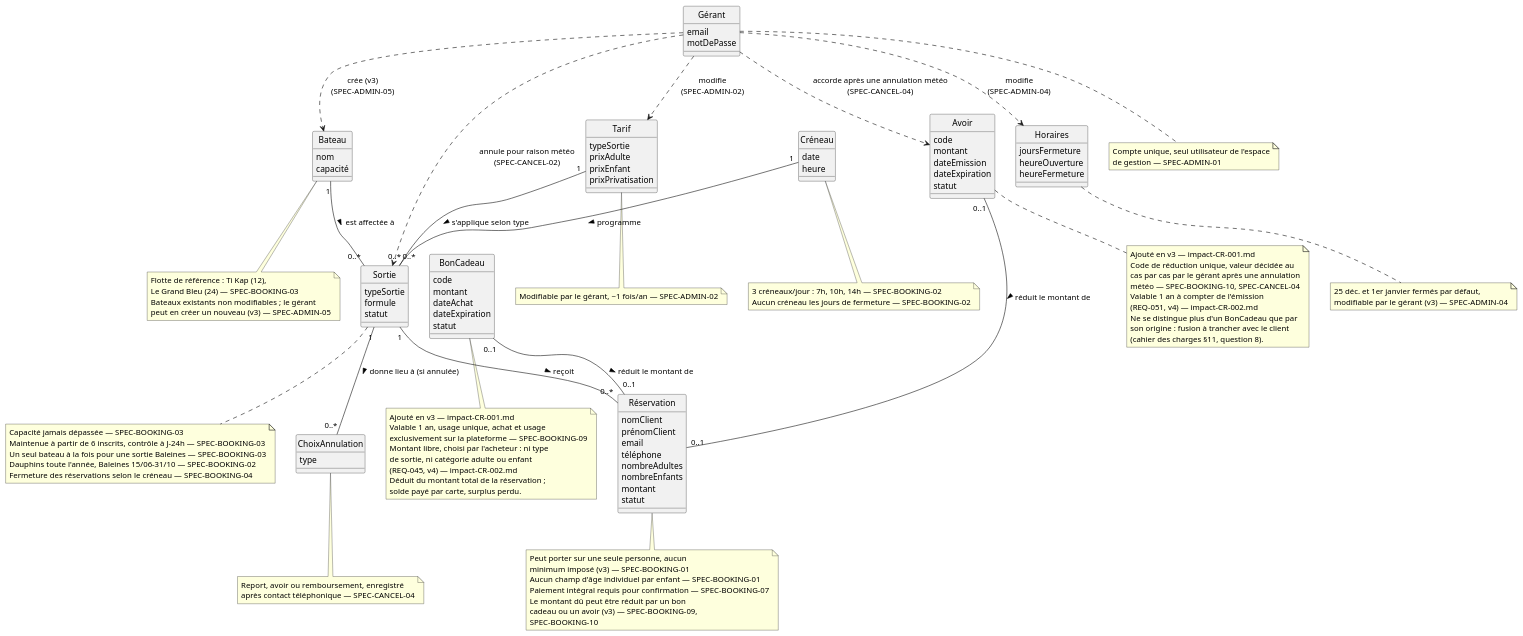
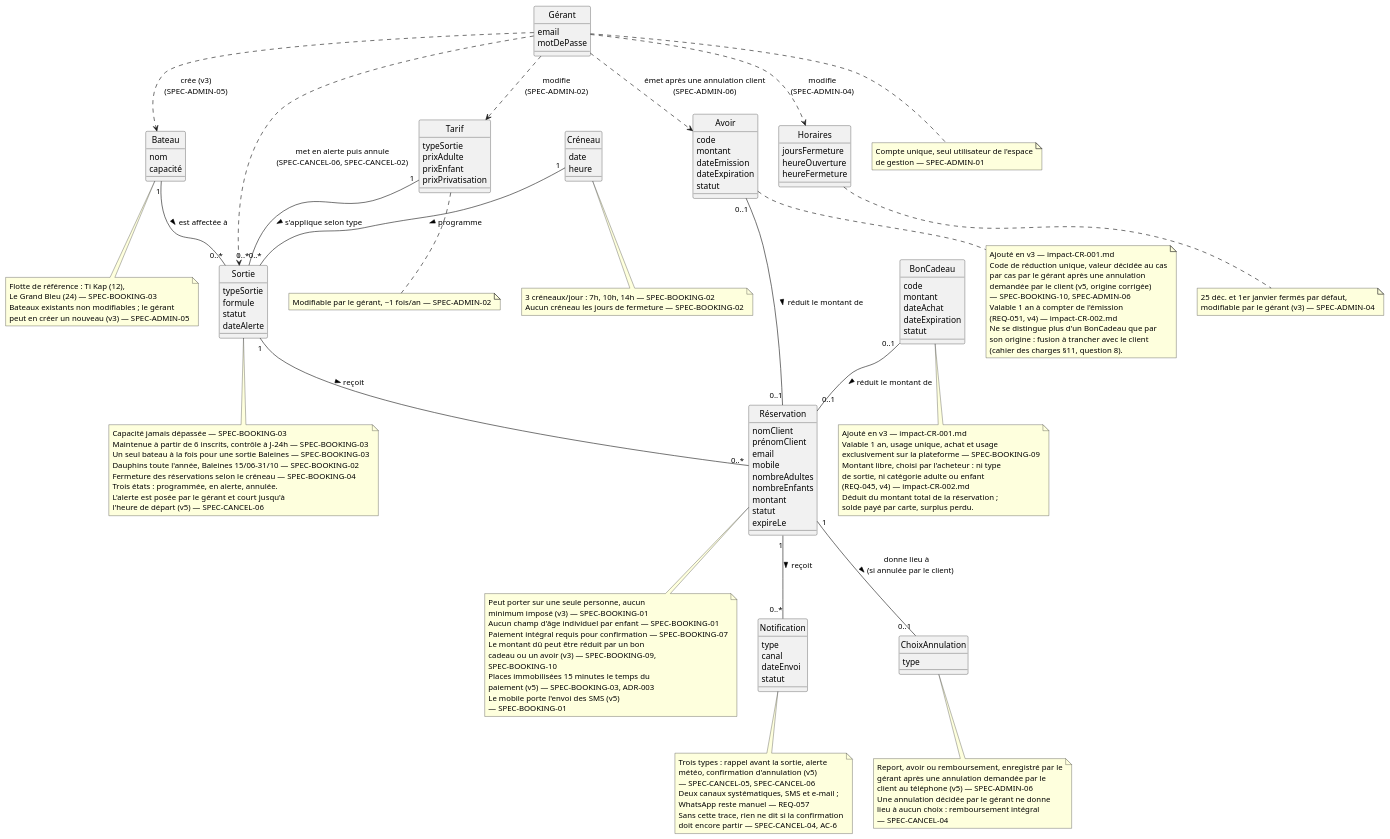
One commit to IamArayel/CDA9-Analyse-et-Conception-d-Applications changed the diagram in docs/uml/domain.puml. Above: the diagram before and after it, drawn with PlantUML. The commit also changed 1 other file, not shown here.

Commit message:
docs(uml): aligner domaine et cas d'usage sur la v5

```diff
--- a/docs/uml/domain.puml
+++ b/docs/uml/domain.puml
@@ -1,150 +1,181 @@
 @startuml domain
 ' Diagramme de classes du domaine — Ti Baleine
 ' Concepts métier uniquement : aucun contrôleur, repository ni classe
 ' technique. Vocabulaire client (cf. cahier-des-charges.md §13 Glossaire).
 ' Les règles métier sensibles sont notées avec la spécification qui les porte.
 
 hide circle
 skinparam classAttributeIconSize 0
 
 class Bateau {
   nom
   capacité
 }
 note bottom of Bateau
   Flotte de référence : Ti Kap (12),
   Le Grand Bleu (24) — SPEC-BOOKING-03
   Bateaux existants non modifiables ; le gérant
   peut en créer un nouveau (v3) — SPEC-ADMIN-05
 end note
 
 class Créneau {
   date
   heure
 }
 note bottom of Créneau
   3 créneaux/jour : 7h, 10h, 14h — SPEC-BOOKING-02
   Aucun créneau les jours de fermeture — SPEC-BOOKING-02
 end note
 
 class Horaires {
   joursFermeture
   heureOuverture
   heureFermeture
 }
 note bottom of Horaires
   25 déc. et 1er janvier fermés par défaut,
   modifiable par le gérant (v3) — SPEC-ADMIN-04
 end note
 
 class Sortie {
   typeSortie
   formule
   statut
+  dateAlerte
 }
 note bottom of Sortie
   Capacité jamais dépassée — SPEC-BOOKING-03
   Maintenue à partir de 6 inscrits, contrôle à J-24h — SPEC-BOOKING-03
   Un seul bateau à la fois pour une sortie Baleines — SPEC-BOOKING-03
   Dauphins toute l'année, Baleines 15/06-31/10 — SPEC-BOOKING-02
   Fermeture des réservations selon le créneau — SPEC-BOOKING-04
+  Trois états : programmée, en alerte, annulée.
+  L'alerte est posée par le gérant et court jusqu'à
+  l'heure de départ (v5) — SPEC-CANCEL-06
 end note
 
 class Réservation {
   nomClient
   prénomClient
   email
-  téléphone
+  mobile
   nombreAdultes
   nombreEnfants
   montant
   statut
+  expireLe
 }
 note bottom of Réservation
   Peut porter sur une seule personne, aucun
   minimum imposé (v3) — SPEC-BOOKING-01
   Aucun champ d'âge individuel par enfant — SPEC-BOOKING-01
   Paiement intégral requis pour confirmation — SPEC-BOOKING-07
   Le montant dû peut être réduit par un bon
   cadeau ou un avoir (v3) — SPEC-BOOKING-09,
   SPEC-BOOKING-10
+  Places immobilisées 15 minutes le temps du
+  paiement (v5) — SPEC-BOOKING-03, ADR-003
+  Le mobile porte l'envoi des SMS (v5)
+  — SPEC-BOOKING-01
 end note
 
 class BonCadeau {
   code
   montant
   dateAchat
   dateExpiration
   statut
 }
 note bottom of BonCadeau
   Ajouté en v3 — impact-CR-001.md
   Valable 1 an, usage unique, achat et usage
   exclusivement sur la plateforme — SPEC-BOOKING-09
   Montant libre, choisi par l'acheteur : ni type
   de sortie, ni catégorie adulte ou enfant
   (REQ-045, v4) — impact-CR-002.md
   Déduit du montant total de la réservation ;
   solde payé par carte, surplus perdu.
 end note
 
 class Avoir {
   code
   montant
   dateEmission
   dateExpiration
   statut
 }
 note bottom of Avoir
   Ajouté en v3 — impact-CR-001.md
-  Code de réduction unique, valeur décidée au
-  cas par cas par le gérant après une annulation
-  météo — SPEC-BOOKING-10, SPEC-CANCEL-04
+  Code de réduction unique, valeur décidée au cas
+  par cas par le gérant après une annulation
+  demandée par le client (v5, origine corrigée)
+  — SPEC-BOOKING-10, SPEC-ADMIN-06
   Valable 1 an à compter de l'émission
   (REQ-051, v4) — impact-CR-002.md
   Ne se distingue plus d'un BonCadeau que par
   son origine : fusion à trancher avec le client
   (cahier des charges §11, question 8).
+end note
+
+class Notification {
+  type
+  canal
+  dateEnvoi
+  statut
+}
+note bottom of Notification
+  Trois types : rappel avant la sortie, alerte
+  météo, confirmation d'annulation (v5)
+  — SPEC-CANCEL-05, SPEC-CANCEL-06
+  Deux canaux systématiques, SMS et e-mail ;
+  WhatsApp reste manuel — REQ-057
+  Sans cette trace, rien ne dit si la confirmation
+  doit encore partir — SPEC-CANCEL-04, AC-6
 end note
 
 class Tarif {
   typeSortie
   prixAdulte
   prixEnfant
   prixPrivatisation
 }
 note bottom of Tarif
   Modifiable par le gérant, ~1 fois/an — SPEC-ADMIN-02
 end note
 
 class Gérant {
   email
   motDePasse
 }
 note bottom of Gérant
   Compte unique, seul utilisateur de l'espace
   de gestion — SPEC-ADMIN-01
 end note
 
 class ChoixAnnulation {
   type
 }
 note bottom of ChoixAnnulation
-  Report, avoir ou remboursement, enregistré
-  après contact téléphonique — SPEC-CANCEL-04
+  Report, avoir ou remboursement, enregistré par le
+  gérant après une annulation demandée par le
+  client au téléphone (v5) — SPEC-ADMIN-06
+  Une annulation décidée par le gérant ne donne
+  lieu à aucun choix : remboursement intégral
+  — SPEC-CANCEL-04
 end note
 
 Bateau "1" -- "0..*" Sortie : est affectée à >
 Créneau "1" -- "0..*" Sortie : programme >
 Tarif "1" -- "0..*" Sortie : s'applique selon type >
 Sortie "1" -- "0..*" Réservation : reçoit >
-Sortie "1" -- "0..*" ChoixAnnulation : donne lieu à (si annulée) >
+Réservation "1" -- "0..1" ChoixAnnulation : donne lieu à\n(si annulée par le client) >
+Réservation "1" -- "0..*" Notification : reçoit >
 BonCadeau "0..1" -- "0..1" Réservation : réduit le montant de >
 Avoir "0..1" -- "0..1" Réservation : réduit le montant de >
-Gérant ..> Sortie : annule pour raison météo\n(SPEC-CANCEL-02)
+Gérant ..> Sortie : met en alerte puis annule\n(SPEC-CANCEL-06, SPEC-CANCEL-02)
 Gérant ..> Tarif : modifie\n(SPEC-ADMIN-02)
 Gérant ..> Horaires : modifie\n(SPEC-ADMIN-04)
 Gérant ..> Bateau : crée (v3)\n(SPEC-ADMIN-05)
-Gérant ..> Avoir : accorde après une annulation météo\n(SPEC-CANCEL-04)
+Gérant ..> Avoir : émet après une annulation client\n(SPEC-ADMIN-06)
 
 @enduml
```
